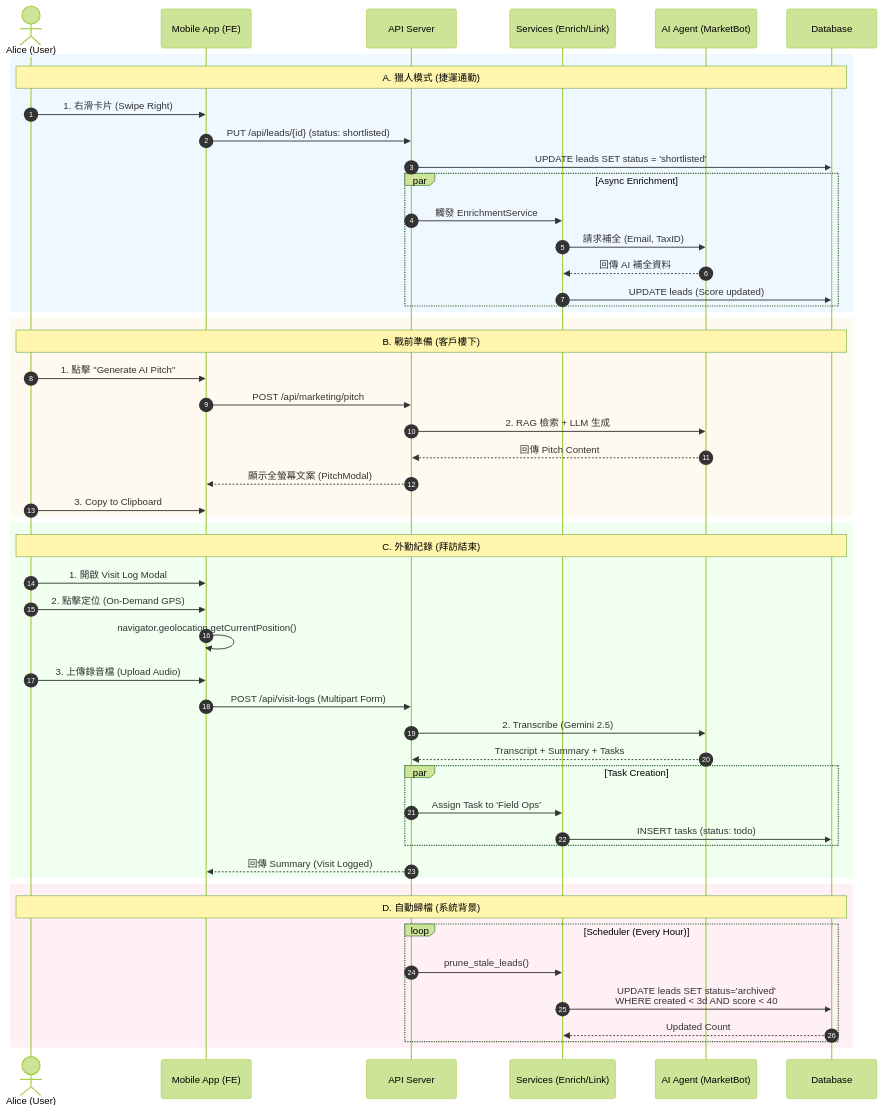
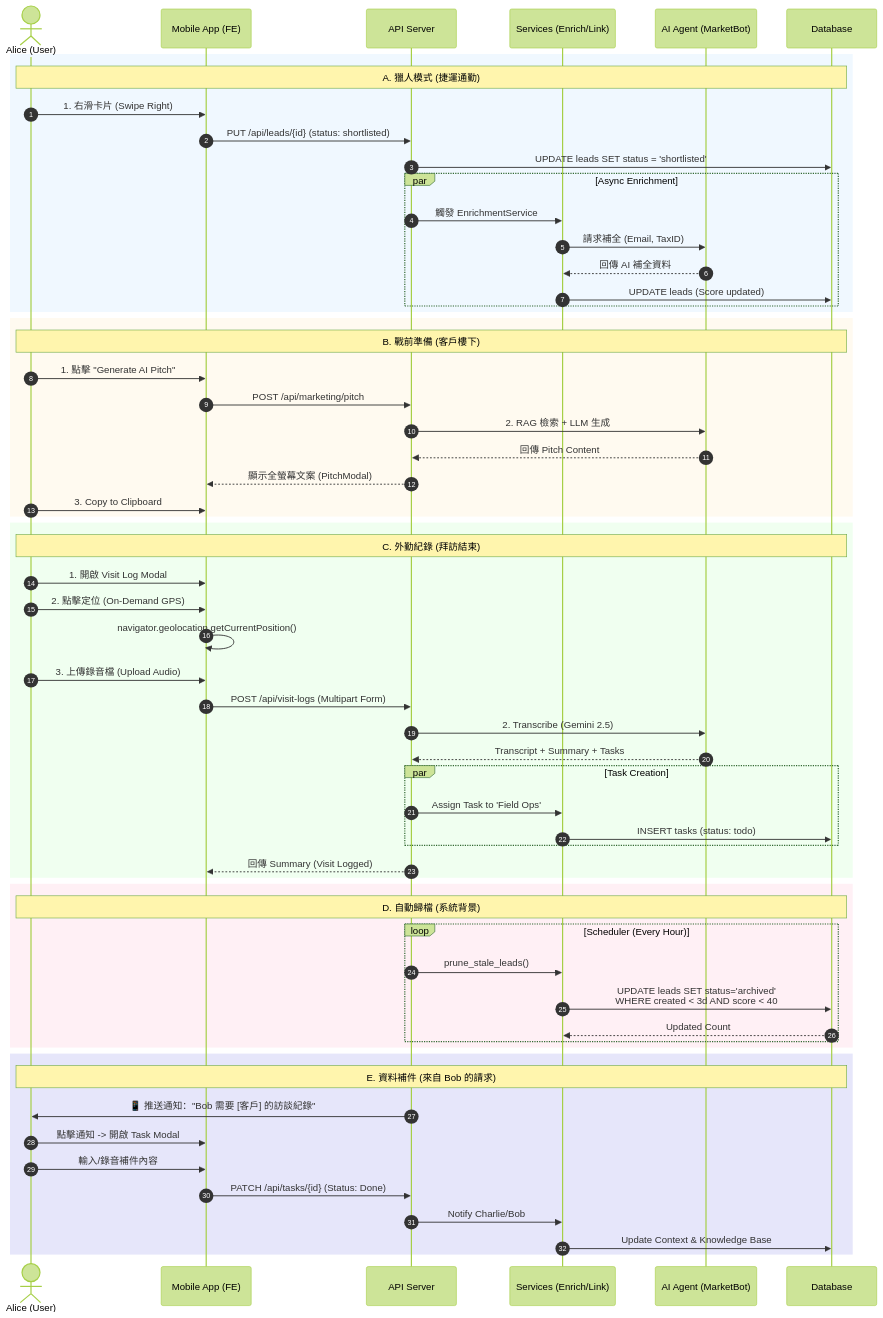
The diagram in PRPs/Phase_4.6.1_Alice_Persona_Workflows.md (info-vin/Archon), drawn with Mermaid (forest theme) before and after one commit. The commit also changed 21 other files, not shown here.

First line of the commit message:
feat: implement advanced AI configuration for Bob and content loop for Charlie

````diff
--- a/PRPs/Phase_4.6.1_Alice_Persona_Workflows.md
+++ b/PRPs/Phase_4.6.1_Alice_Persona_Workflows.md
@@ -79,66 +79,77 @@
 ```mermaid
 sequenceDiagram
     autonumber
     actor Alice as Alice (User)
     participant App as Mobile App (FE)
     participant Backend as API Server
     participant Service as Services (Enrich/Link)
     participant MarketBot as AI Agent (MarketBot)
     participant DB as Database
 
     %% Scenario A: Hunter Mode
     rect rgb(240, 248, 255)
     note over Alice, DB: A. 獵人模式 (捷運通勤)
     Alice->>App: 1. 右滑卡片 (Swipe Right)
     App->>Backend: PUT /api/leads/{id} (status: shortlisted)
     Backend->>DB: UPDATE leads SET status = 'shortlisted'
     
     par Async Enrichment
         Backend->>Service: 觸發 EnrichmentService
         Service->>MarketBot: 請求補全 (Email, TaxID)
         MarketBot-->>Service: 回傳 AI 補全資料
         Service->>DB: UPDATE leads (Score updated)
     end
     end
 
     %% Scenario B: Pitch Mode
     rect rgb(255, 250, 240)
     note over Alice, DB: B. 戰前準備 (客戶樓下)
     Alice->>App: 1. 點擊 "Generate AI Pitch"
     App->>Backend: POST /api/marketing/pitch
     Backend->>MarketBot: 2. RAG 檢索 + LLM 生成
     MarketBot-->>Backend: 回傳 Pitch Content
     Backend-->>App: 顯示全螢幕文案 (PitchModal)
     Alice->>App: 3. Copy to Clipboard
     end
 
     %% Scenario C: Field Ops (Visit Log)
     rect rgb(240, 255, 240)
     note over Alice, DB: C. 外勤紀錄 (拜訪結束)
     Alice->>App: 1. 開啟 Visit Log Modal
     Alice->>App: 2. 點擊定位 (On-Demand GPS)
     App->>App: navigator.geolocation.getCurrentPosition()
     Alice->>App: 3. 上傳錄音檔 (Upload Audio)
     App->>Backend: POST /api/visit-logs (Multipart Form)
     
     Backend->>MarketBot: 2. Transcribe (Gemini 2.5)
     MarketBot-->>Backend: Transcript + Summary + Tasks
     
     par Task Creation
         Backend->>Service: Assign Task to 'Field Ops'
         Service->>DB: INSERT tasks (status: todo)
     end
     
     Backend-->>App: 回傳 Summary (Visit Logged)
     end
 
     %% Scenario D: Pruning Loop (No Agent)
     rect rgb(255, 240, 245)
-    note over Alice, DB: D. 自動歸檔 (系統背景)
+    Note over Alice, DB: D. 自動歸檔 (系統背景)
     loop Scheduler (Every Hour)
         Backend->>Service: prune_stale_leads()
         Service->>DB: UPDATE leads SET status='archived'<br/>WHERE created < 3d AND score < 40
         DB-->>Service: Updated Count
     end
     end
+
+    %% Scenario E: Data Request Loop (Closed Loop)
+    rect rgb(230, 230, 250)
+    Note over Alice, DB: E. 資料補件 (來自 Bob 的請求)
+    Backend->>Alice: 📱 推送通知："Bob 需要 [客戶] 的訪談紀錄"
+    Alice->>App: 點擊通知 -> 開啟 Task Modal
+    Alice->>App: 輸入/錄音補件內容
+    App->>Backend: PATCH /api/tasks/{id} (Status: Done)
+    Backend->>Service: Notify Charlie/Bob
+    Service->>DB: Update Context & Knowledge Base
+    end
 ```
````
